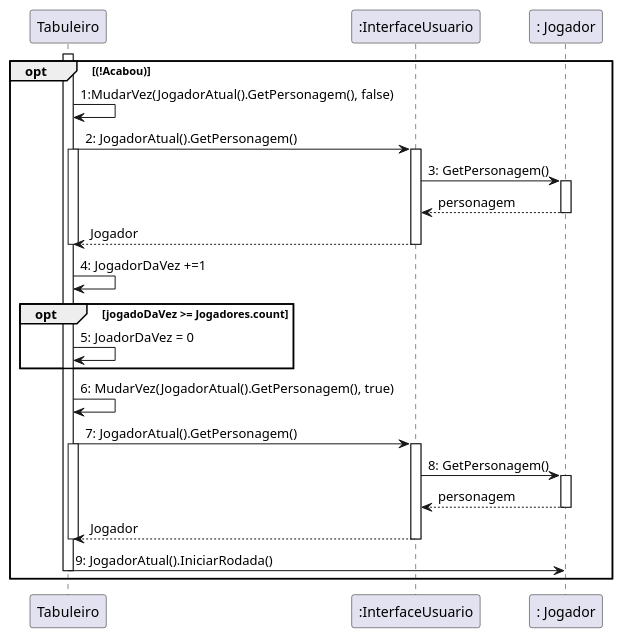
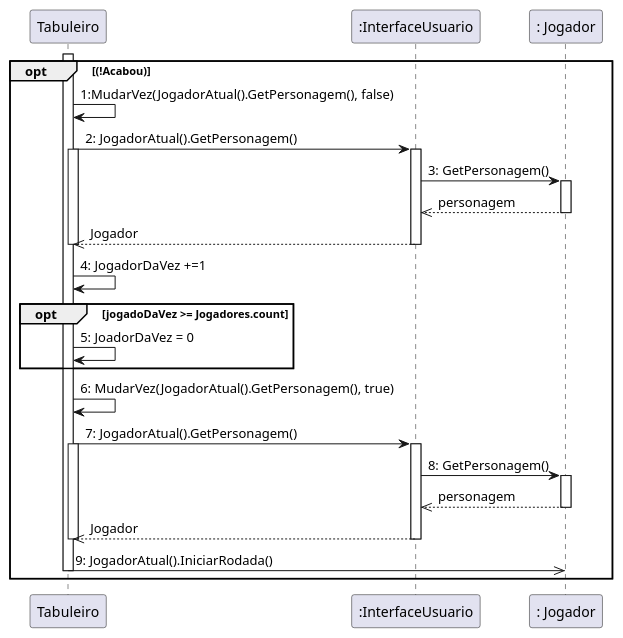
The diagram in Documentação/diagrama-de-sequencia-proximo-jogador.plantuml (rogerpcto/ProjetoDeSoftware-UFF), drawn with PlantUML before and after one commit.

Commit message:
corrigida a seta de IniciarRodada para assíncrona

```diff
--- a/Documentação/diagrama-de-sequencia-proximo-jogador.plantuml
+++ b/Documentação/diagrama-de-sequencia-proximo-jogador.plantuml
@@ -1,33 +1,33 @@
 @startuml
 opt (!Acabou)
 Activate Tabuleiro
 ": Tabuleiro" as  Tabuleiro->": Tabuleiro" as  Tabuleiro : 1:MudarVez(JogadorAtual().GetPersonagem(), false)
 Tabuleiro -> ":InterfaceUsuario" as GUI : 2: JogadorAtual().GetPersonagem()
     activate Tabuleiro
     activate GUI
     GUI -> ": Jogador" as Jogador : 3: GetPersonagem()
     activate Jogador
-    GUI <-- Jogador : personagem
+    GUI <<-- Jogador : personagem
     deactivate Jogador
-    Tabuleiro <-- GUI : Jogador
+    Tabuleiro <<-- GUI : Jogador
     deactivate GUI
     deactivate Tabuleiro
 Tabuleiro -> Tabuleiro : 4: JogadorDaVez +=1
     opt jogadoDaVez >= Jogadores.count
         Tabuleiro -> Tabuleiro : 5: JoadorDaVez = 0
     end
 Tabuleiro -> Tabuleiro : 6: MudarVez(JogadorAtual().GetPersonagem(), true)
     Tabuleiro -> GUI : 7: JogadorAtual().GetPersonagem()
     activate Tabuleiro
     activate GUI
     GUI -> ": Jogador" as Jogador : 8: GetPersonagem()
     activate Jogador
-    GUI <-- Jogador : personagem
+    GUI <<-- Jogador : personagem
     deactivate Jogador
-    Tabuleiro <-- GUI : Jogador
+    Tabuleiro <<-- GUI : Jogador
     deactivate GUI
     deactivate Tabuleiro
-Tabuleiro -> Jogador : 9: JogadorAtual().IniciarRodada()
+Tabuleiro ->> Jogador : 9: JogadorAtual().IniciarRodada()
 deactivate Tabuleiro
 end
 @enduml
```
